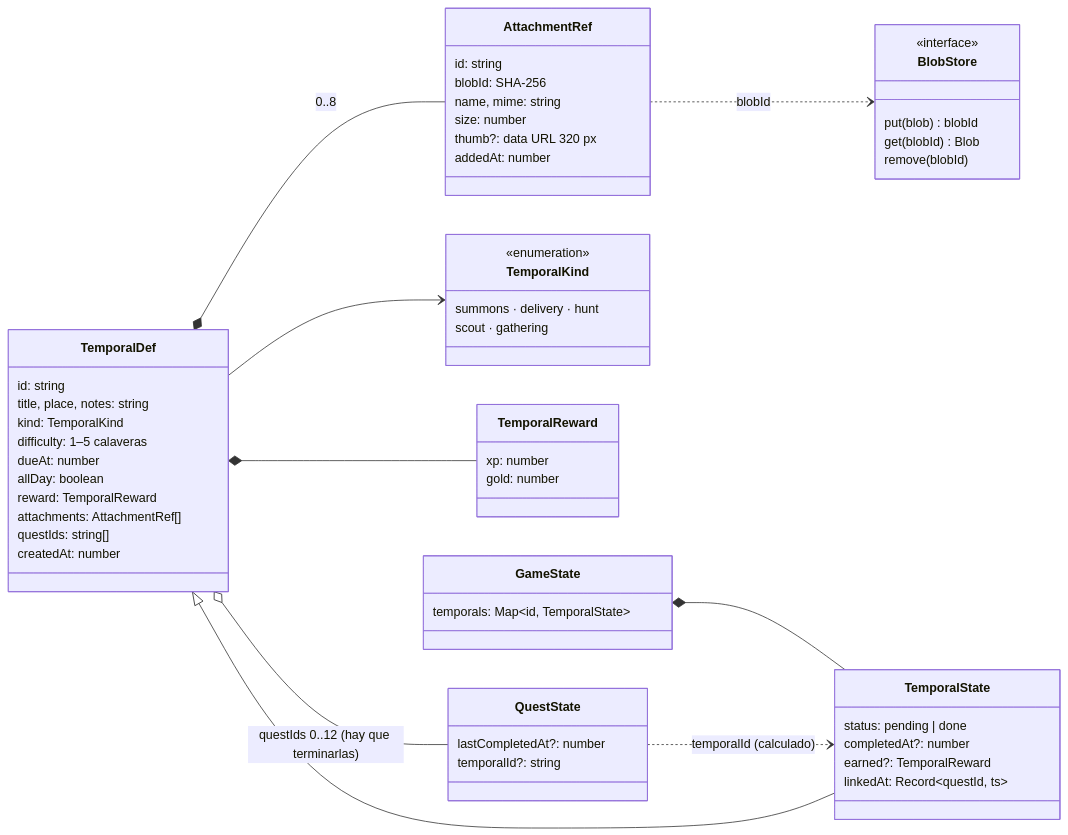
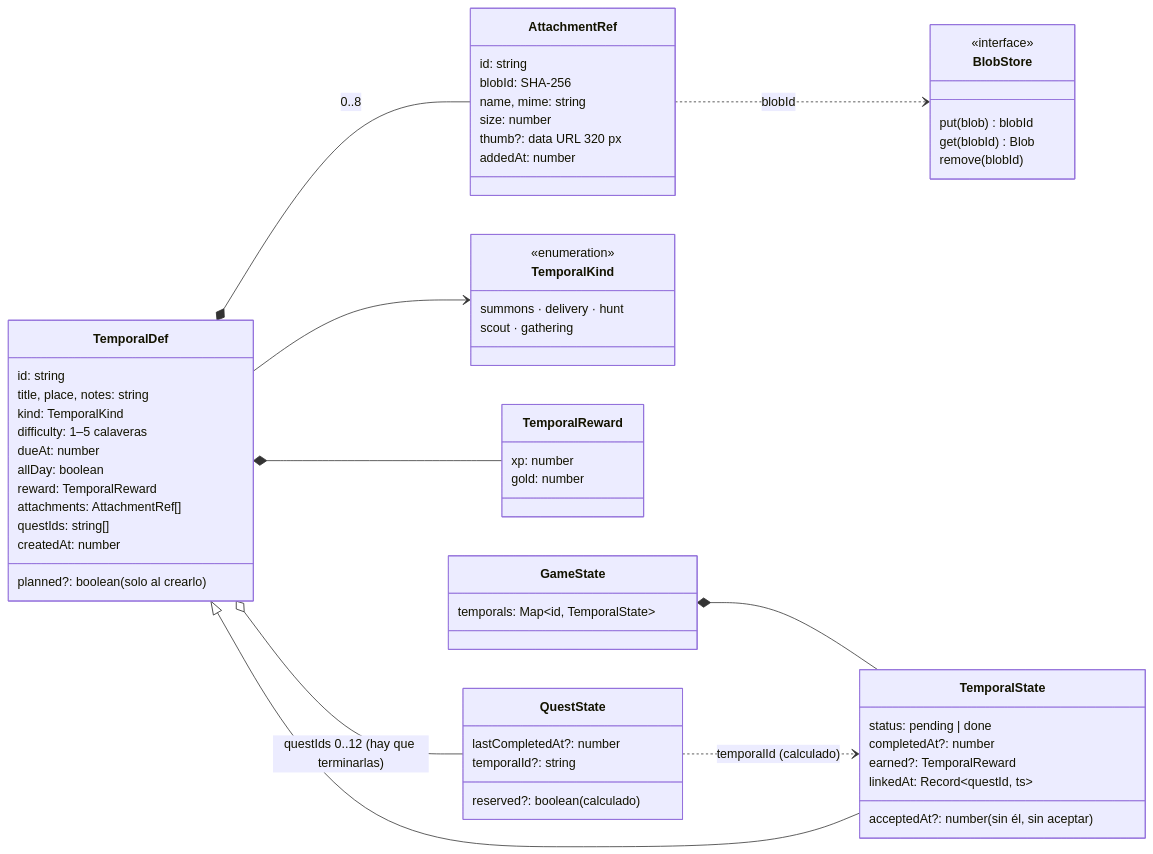
Before and after one commit to Carlos-Requena/Quest_Tareas: the diagram in src/features/temporal/README.md, drawn with Mermaid. The commit also changed other lines of this file and 83 other files, not shown here.

````diff
--- a/src/features/temporal/README.md
+++ b/src/features/temporal/README.md
@@ -255,60 +284,63 @@
 ```mermaid
 classDiagram
     direction LR
     class TemporalDef {
         id: string
         title, place, notes: string
         kind: TemporalKind
         difficulty: 1–5 calaveras
         dueAt: number
         allDay: boolean
         reward: TemporalReward
         attachments: AttachmentRef[]
         questIds: string[]
         createdAt: number
+        planned?: boolean (solo al crearlo)
     }
     class TemporalState {
         status: pending | done
+        acceptedAt?: number (sin él, sin aceptar)
         completedAt?: number
         earned?: TemporalReward
         linkedAt: Record~questId, ts~
     }
     class QuestState {
         lastCompletedAt?: number
         temporalId?: string
+        reserved?: boolean (calculado)
     }
     class TemporalKind {
         <<enumeration>>
         summons · delivery · hunt
         scout · gathering
     }
     class TemporalReward {
         xp: number
         gold: number
     }
     class AttachmentRef {
         id: string
         blobId: SHA-256
         name, mime: string
         size: number
         thumb?: data URL 320 px
         addedAt: number
     }
     class BlobStore {
         <<interface>>
         put(blob) blobId
         get(blobId) Blob
         remove(blobId)
     }
     class GameState {
         temporals: Map~id, TemporalState~
     }
     TemporalState --|> TemporalDef
     TemporalDef --> TemporalKind
     TemporalDef *-- TemporalReward
     TemporalDef *-- AttachmentRef : 0..8
     AttachmentRef ..> BlobStore : blobId
     GameState *-- TemporalState
     TemporalDef o-- QuestState : questIds 0..12 (hay que terminarlas)
     QuestState ..> TemporalState : temporalId (calculado)
 ```
````
